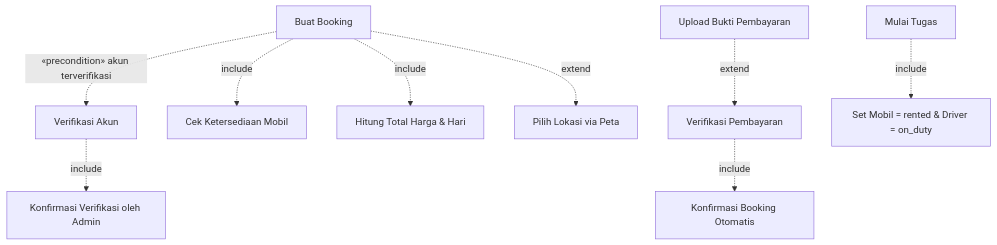
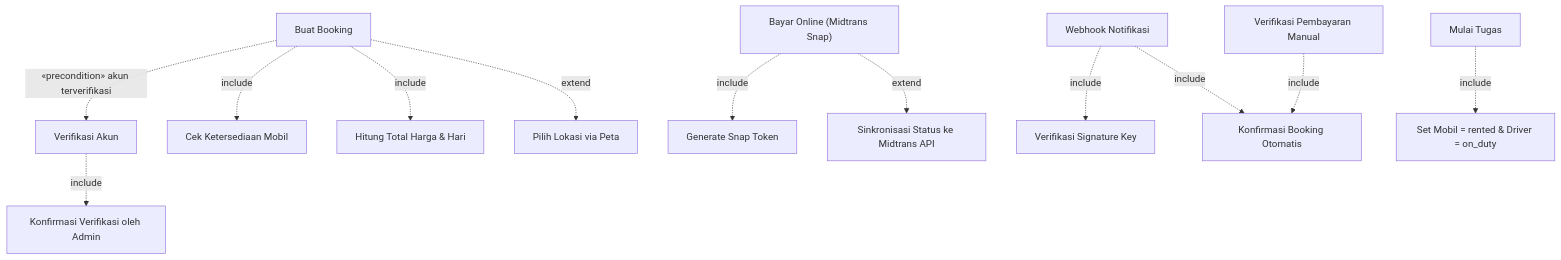
One commit to FaridRah16/Prasetya-Rent-Car- changed the second of 2 diagrams in docs/04-use-case-diagram.md. Above: the diagram before and after it, drawn with Mermaid. The commit also changed other lines of this file and 12 other files, not shown here.

````diff
--- a/docs/04-use-case-diagram.md
+++ b/docs/04-use-case-diagram.md
@@ -78,23 +89,30 @@
 ```mermaid
 flowchart TD
     UC22["Verifikasi Akun"]
     UC23["Konfirmasi Verifikasi oleh Admin"]
     UC6["Buat Booking"]
     UC6a["Cek Ketersediaan Mobil"]
     UC6b["Hitung Total Harga & Hari"]
     UC6c["Pilih Lokasi via Peta"]
-    UC8["Upload Bukti Pembayaran"]
-    UC15["Verifikasi Pembayaran"]
+    UC8["Bayar Online (Midtrans Snap)"]
+    UC8a["Generate Snap Token"]
+    UC8d["Sinkronisasi Status ke Midtrans API"]
+    UC25["Webhook Notifikasi"]
+    UC25a["Verifikasi Signature Key"]
+    UC15["Verifikasi Pembayaran Manual"]
     UC15a["Konfirmasi Booking Otomatis"]
     UC19["Mulai Tugas"]
     UC19a["Set Mobil = rented & Driver = on_duty"]
 
     UC22 -. include .-> UC23
     UC6 -. "«precondition» akun terverifikasi" .-> UC22
     UC6 -. include .-> UC6a
     UC6 -. include .-> UC6b
     UC6 -. extend .-> UC6c
+    UC8 -. include .-> UC8a
+    UC8 -. extend .-> UC8d
+    UC25 -. include .-> UC25a
+    UC25 -. include .-> UC15a
     UC15 -. include .-> UC15a
-    UC8 -. extend .-> UC15
     UC19 -. include .-> UC19a
 ```
````
